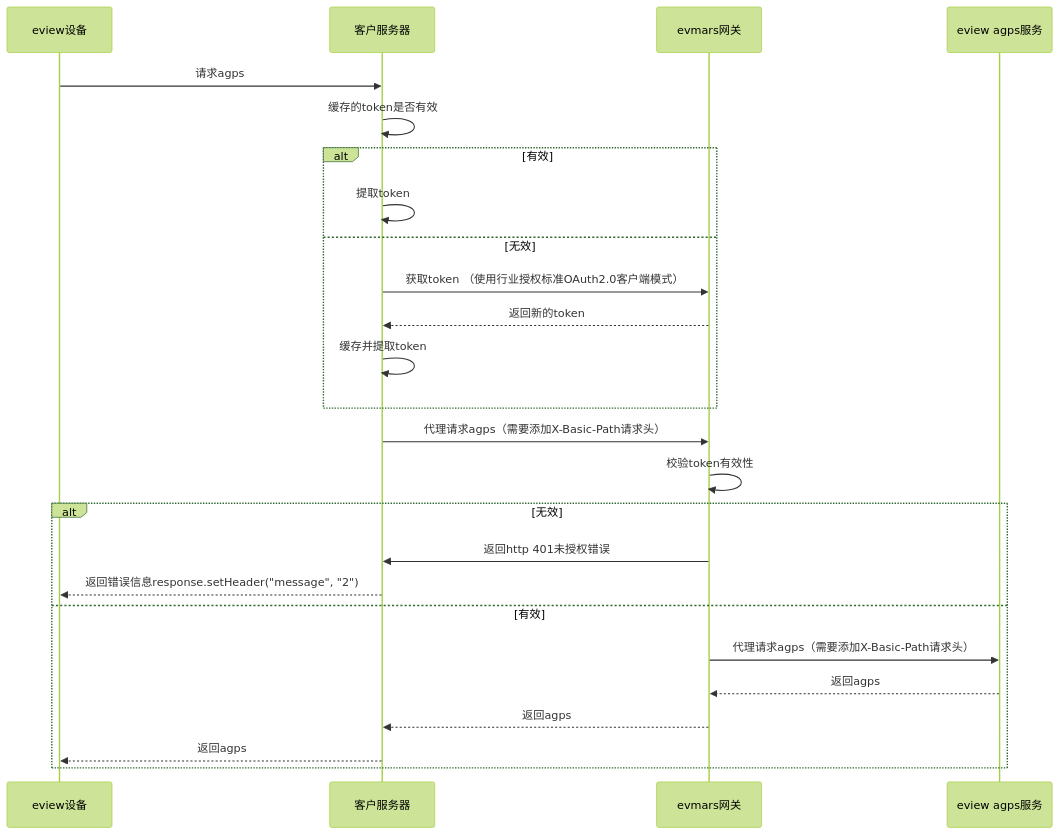
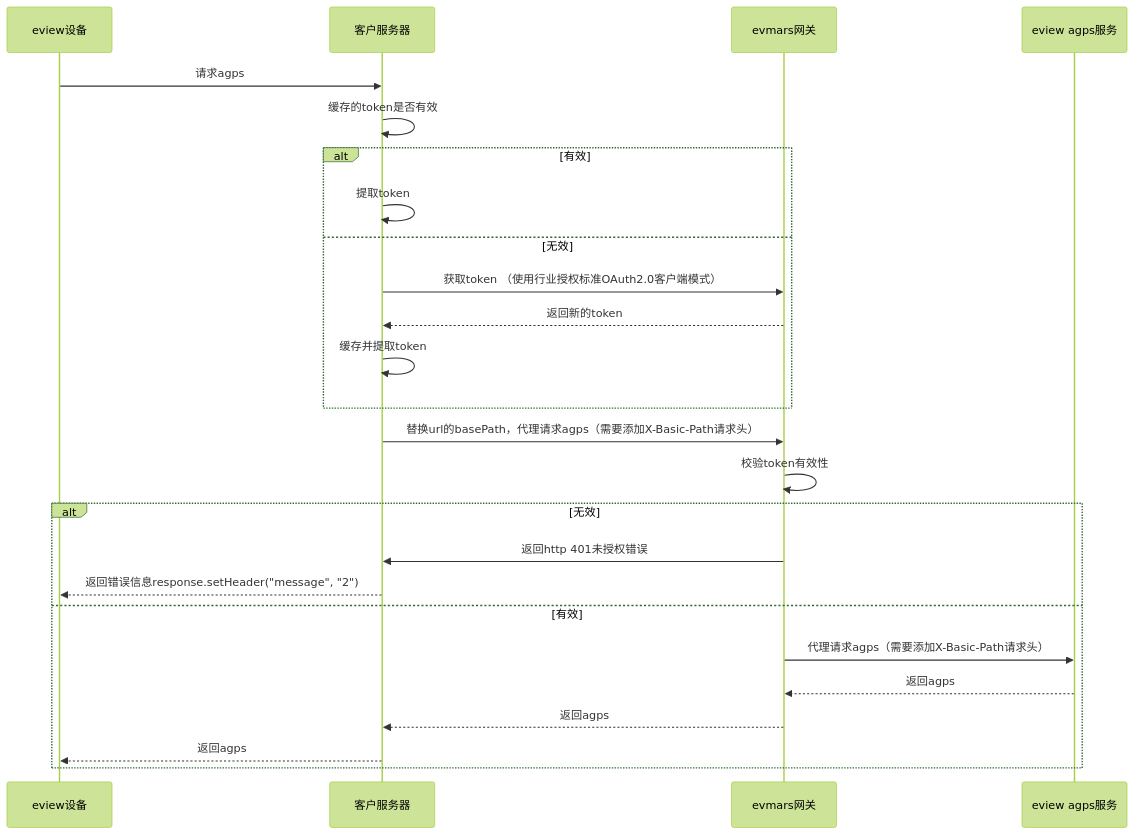
Before and after one commit to zeje/EviewCloudDoc: the diagram in src/zh/evmars/biz/agps/README.md, drawn with Mermaid (forest theme). The commit also changed other lines of this file and 1 other file, not shown here.

````diff
--- a/src/zh/evmars/biz/agps/README.md
+++ b/src/zh/evmars/biz/agps/README.md
@@ -10,32 +10,32 @@
 ```mermaid
 
 sequenceDiagram
 
 participant device as eview设备
 participant customerServer as 客户服务器
 participant evmarBizServer as evmars网关
 participant agpsServer as eview agps服务
 
 
 device ->> customerServer: 请求agps
 customerServer ->> customerServer: 缓存的token是否有效
 alt 有效
      customerServer ->> customerServer: 提取token
 else 无效
      customerServer ->> evmarBizServer: 获取token （使用行业授权标准OAuth2.0客户端模式）
      evmarBizServer -->> customerServer: 返回新的token
      customerServer ->> customerServer: 缓存并提取token
 end
-customerServer ->> evmarBizServer: 代理请求agps（需要添加X-Basic-Path请求头）
+customerServer ->> evmarBizServer: 替换url的basePath，代理请求agps（需要添加X-Basic-Path请求头）
 evmarBizServer ->> evmarBizServer: 校验token有效性
 alt 无效
      evmarBizServer ->> customerServer: 返回http 401未授权错误
      customerServer -->> device: 返回错误信息response.setHeader("message", "2");
 else 有效
      evmarBizServer ->> agpsServer: 代理请求agps（需要添加X-Basic-Path请求头）
      agpsServer -->> evmarBizServer:  返回agps
      evmarBizServer -->> customerServer: 返回agps
      customerServer -->> device: 返回agps
 end
 
 ```
````
